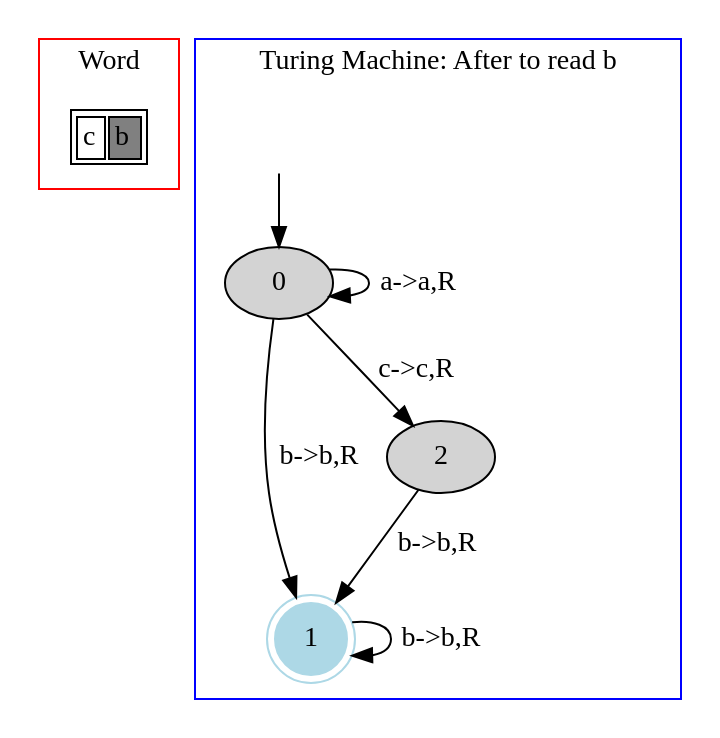
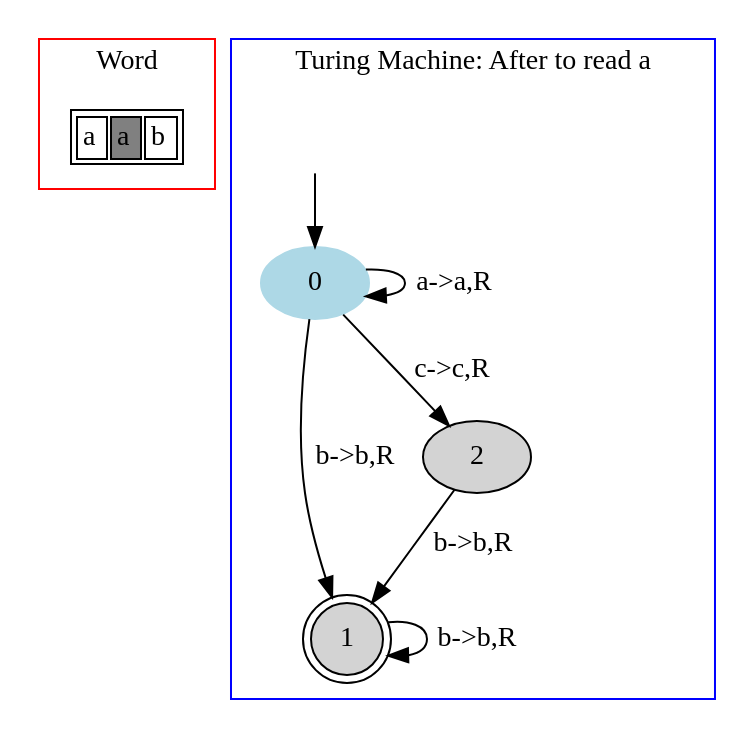
Before and after one commit to danielScLima/turing_machine: the diagram in TM/images/file3.dot, drawn with Graphviz. The commit also changed 7 other files, not shown here.

```diff
--- a/TM/images/file3.dot
+++ b/TM/images/file3.dot
@@ -1,29 +1,30 @@
 digraph G {
 	subgraph cluster_0 {
 		node [shape=plaintext];
 
 struct1 [label=<<TABLE>
 <TR>
-<TD><FONT>c</FONT></TD>
-<TD BGCOLOR="gray"><FONT>b</FONT></TD>
+<TD><FONT>a</FONT></TD>
+<TD BGCOLOR="gray"><FONT>a</FONT></TD>
+<TD><FONT>b</FONT></TD>
 </TR>
 </TABLE>>];
 label = "Word";
 color=red;
 }
 	subgraph cluster_1 {
 		node [style=filled];
-		label = "Turing Machine: After to read b"
+		label = "Turing Machine: After to read a"
 		color=blue;
 
-		0;
-		1 [shape="doublecircle",color="lightblue"];
+		0 [color="lightblue"];
+		1 [shape="doublecircle"];
 		2;
 		0->0[label="a->a,R"];
 		0->1[label="b->b,R"];
 		0->2[label="c->c,R"];
 		1->1[label="b->b,R"];
 		2->1[label="b->b,R"];
 x [color=white, label=""];		x->0	}
 
 }
```
